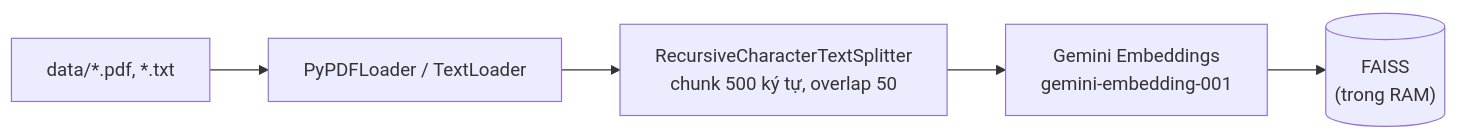
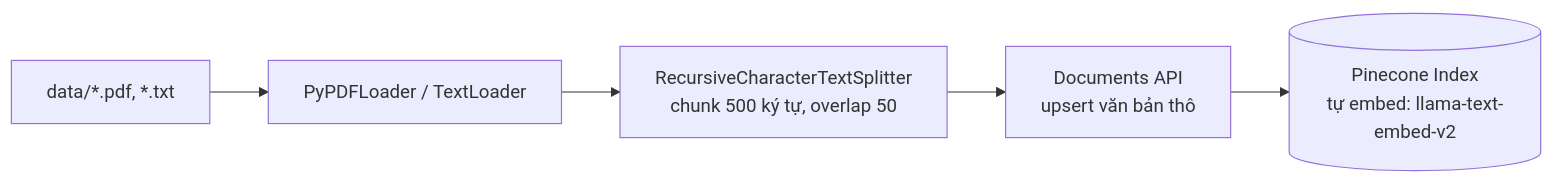
The first of 2 diagrams in huong-dan-xay-dung-ai-portfolio.md (thaianhnv99/ai-portfolio-project), drawn with Mermaid before and after one commit. The commit also changed other lines of this file and 23 other files, not shown here.

````diff
--- a/huong-dan-xay-dung-ai-portfolio.md
+++ b/huong-dan-xay-dung-ai-portfolio.md
@@ -97,7 +110,7 @@
 ```mermaid
 flowchart LR
     A["data/*.pdf, *.txt"] --> B["PyPDFLoader / TextLoader"]
     B --> C["RecursiveCharacterTextSplitter<br/>chunk 500 ký tự, overlap 50"]
-    C --> D["Gemini Embeddings<br/>gemini-embedding-001"]
-    D --> E[("FAISS<br/>(trong RAM)")]
+    C --> D["Documents API<br/>upsert văn bản thô"]
+    D --> E[("Pinecone Index<br/>tự embed: llama-text-embed-v2")]
 ```
````
